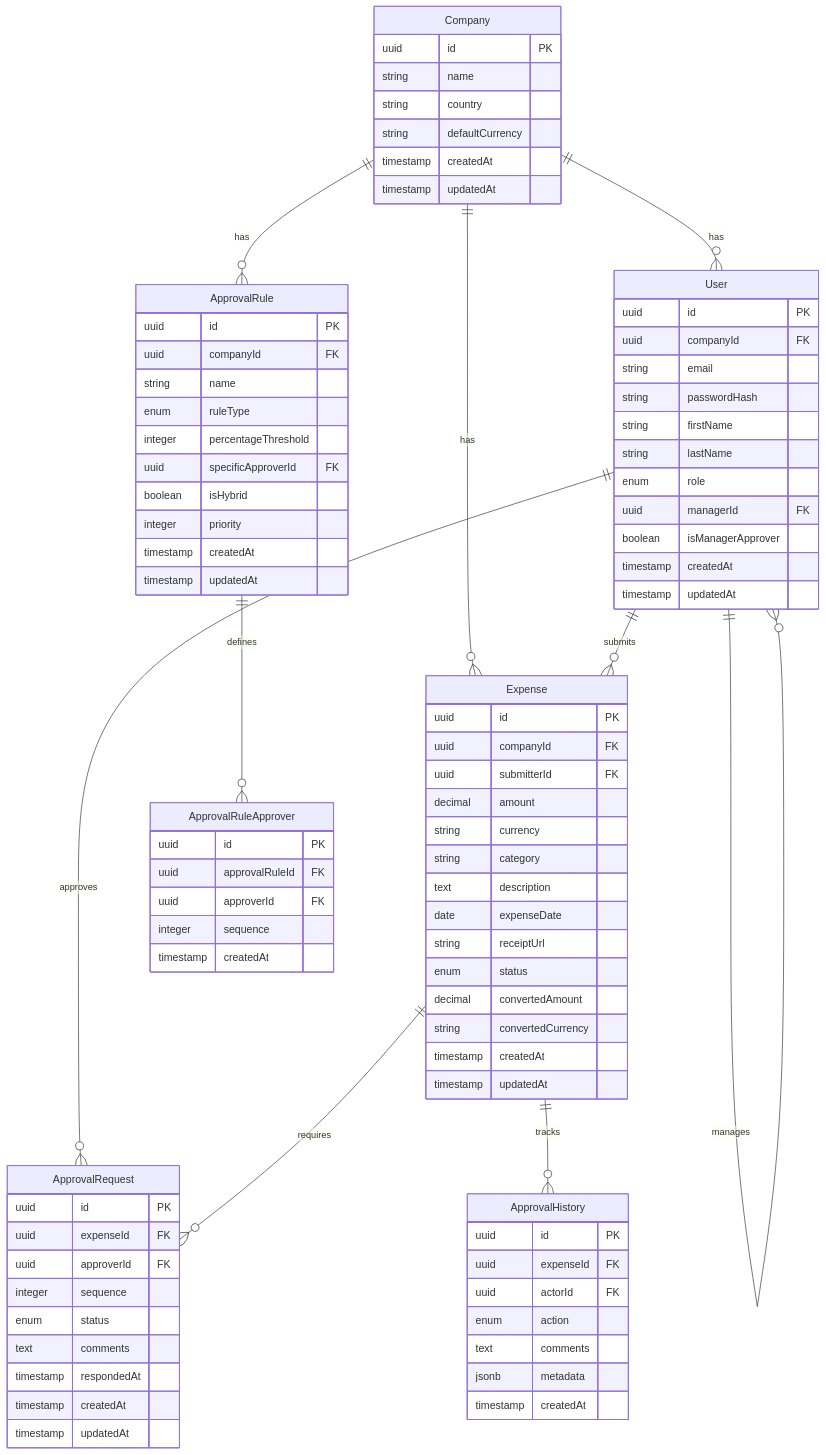
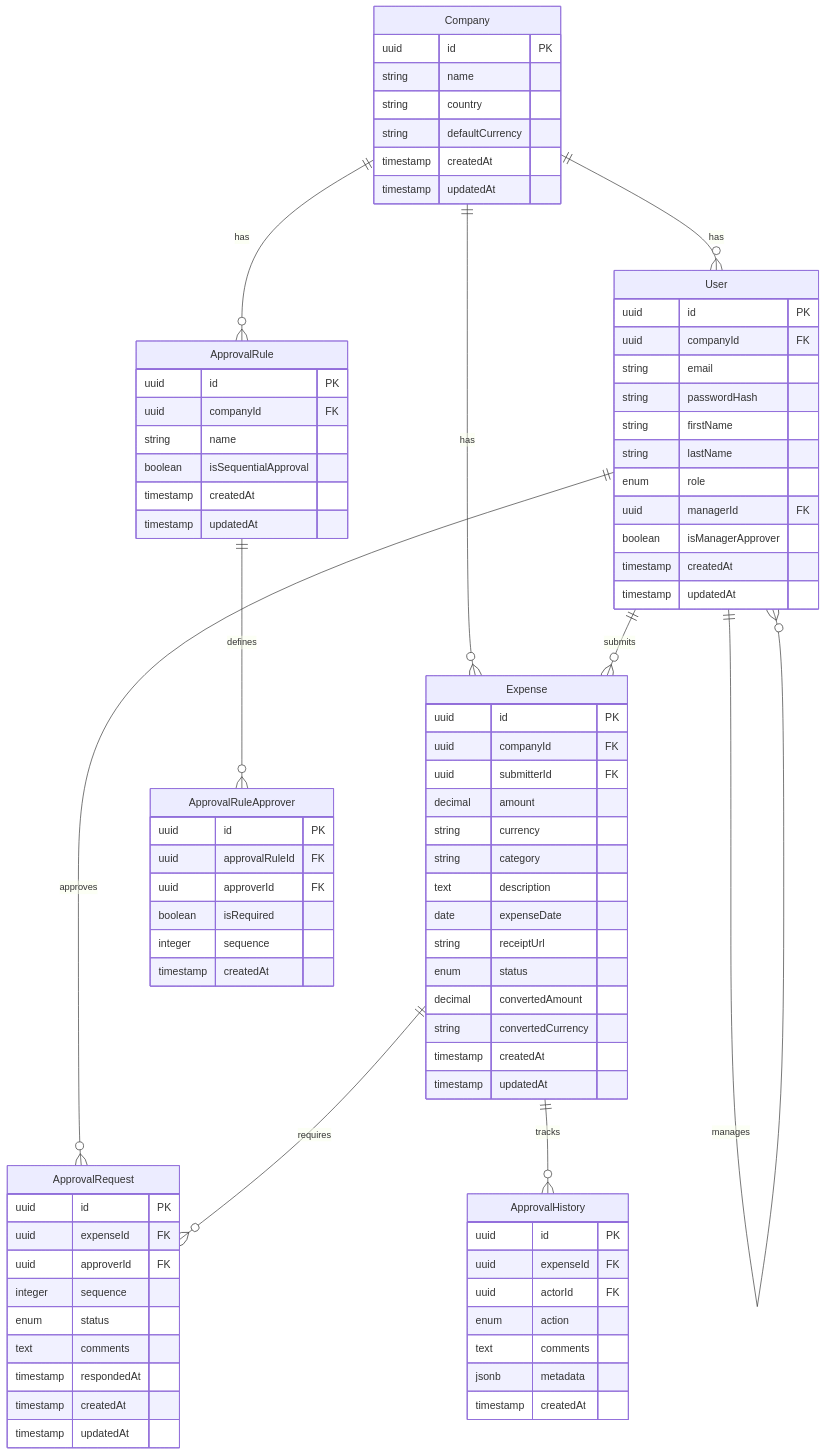
The second of 3 diagrams in .kiro/specs/expense-management-system/design.md (its-ayanshaikh/ExpenseManagement-Odoo), drawn with Mermaid before and after one commit. The commit also changed other lines of this file and 119 other files, not shown here.

```diff
--- a/.kiro/specs/expense-management-system/design.md
+++ b/.kiro/specs/expense-management-system/design.md
@@ -308,11 +355,7 @@
         uuid id PK
         uuid companyId FK
         string name
-        enum ruleType
-        integer percentageThreshold
-        uuid specificApproverId FK
-        boolean isHybrid
-        integer priority
+        boolean isSequentialApproval
         timestamp createdAt
         timestamp updatedAt
     }
@@ -321,6 +364,7 @@
         uuid id PK
         uuid approvalRuleId FK
         uuid approverId FK
+        boolean isRequired
         integer sequence
         timestamp createdAt
     }
```
